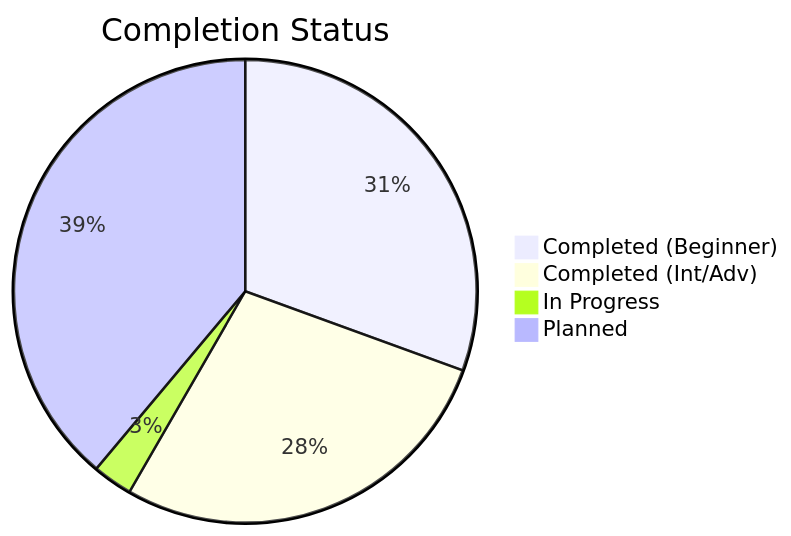
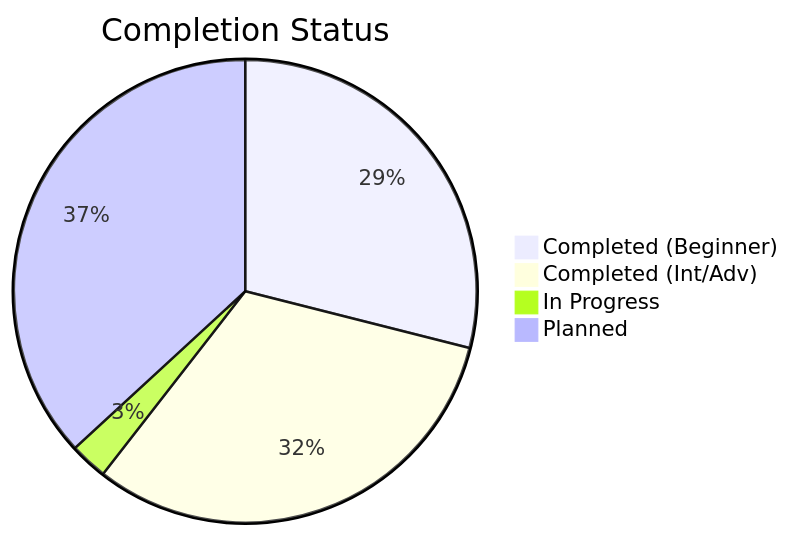
One commit to Ganil151/Devops changed the third of 3 diagrams in 1-Beginner/02-Phase-2/01-Automation/AUTOMATION_MASTER_INDEX.md. Above: the diagram before and after it, drawn with Mermaid. The commit also changed other lines of this file and 190 other files, not shown here.

````diff
--- a/1-Beginner/02-Phase-2/01-Automation/AUTOMATION_MASTER_INDEX.md
+++ b/1-Beginner/02-Phase-2/01-Automation/AUTOMATION_MASTER_INDEX.md
@@ -735,7 +763,7 @@
 ```mermaid
 pie title Completion Status
     "Completed (Beginner)" : 11
-    "Completed (Int/Adv)" : 10
+    "Completed (Int/Adv)" : 12
     "In Progress" : 1
     "Planned" : 14
 ```
````
